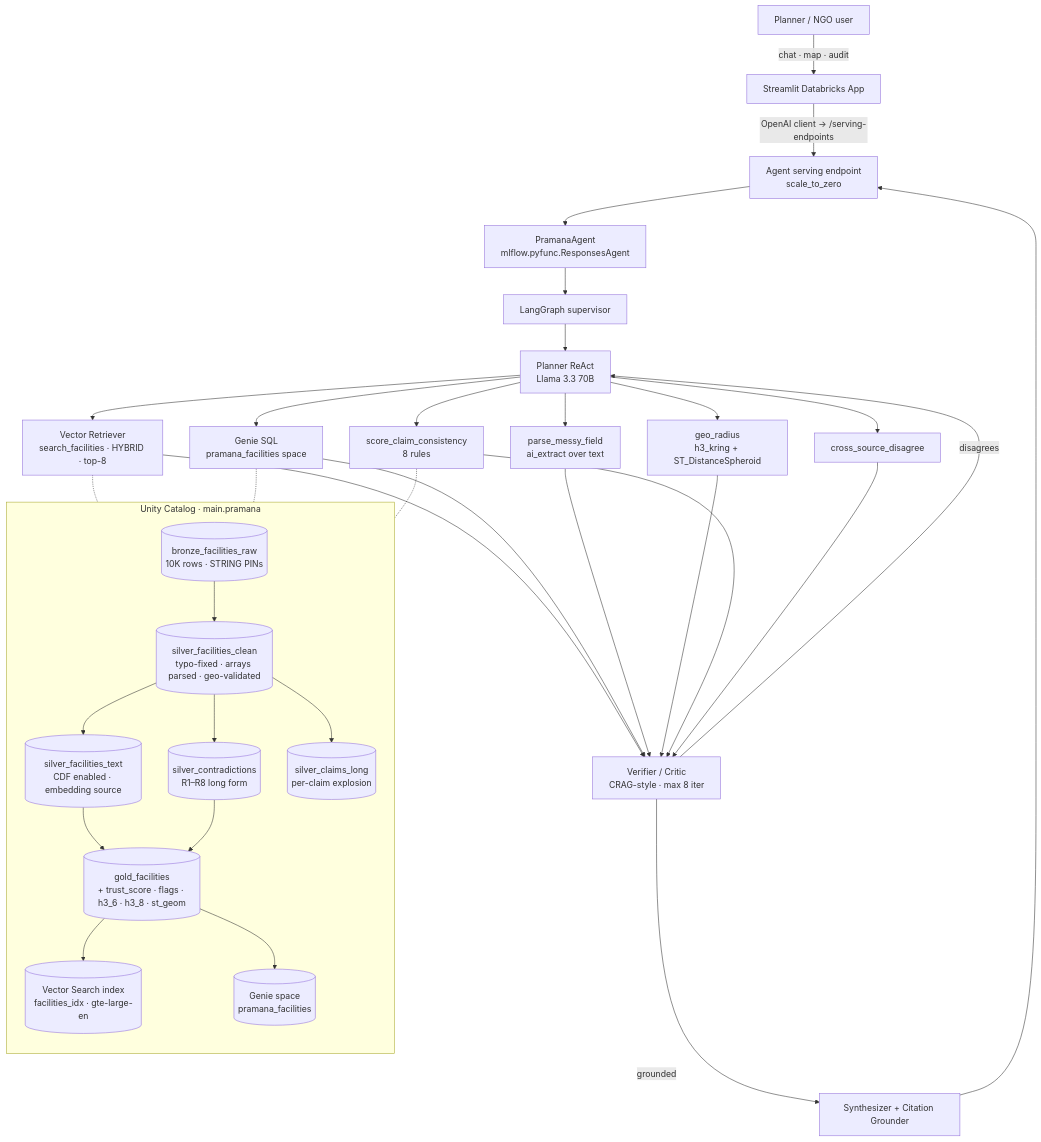
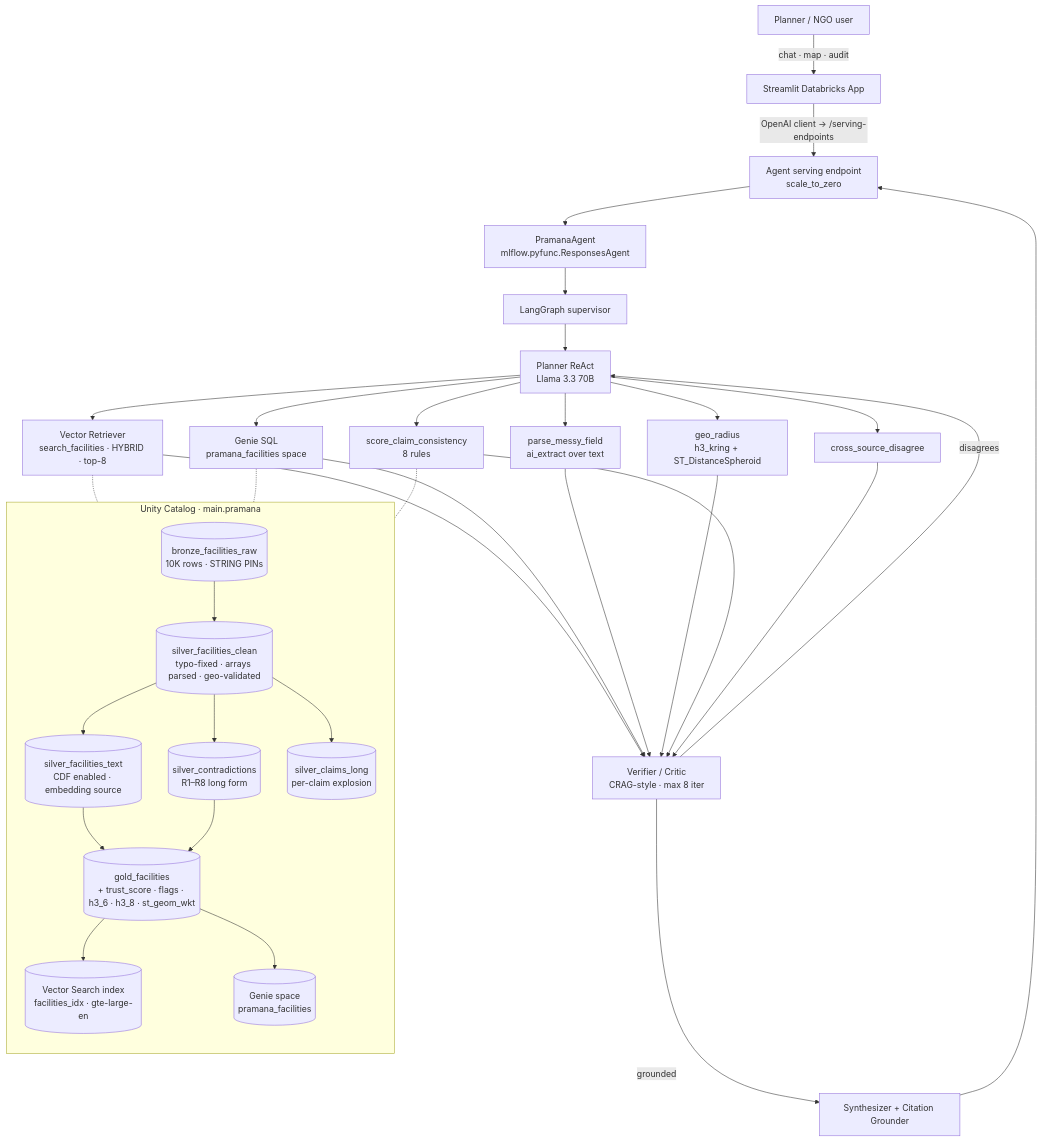
The diagram in README.md (amaan784/pramana-care-ai), drawn with Mermaid before and after one commit. The commit also changed other lines of this file and 1 other file, not shown here.

Commit message:
updated gold layer code with renaming

````diff
--- a/README.md
+++ b/README.md
@@ -56,35 +56,35 @@
 ```mermaid
 flowchart TD
   U[Planner / NGO user] -->|chat · map · audit| APP[Streamlit Databricks App]
   APP -->|OpenAI client → /serving-endpoints| EP[Agent serving endpoint<br/>scale_to_zero]
   EP --> AG[PramanaAgent<br/>mlflow.pyfunc.ResponsesAgent]
   AG --> G[LangGraph supervisor]
 
   G --> P[Planner ReAct<br/>Llama 3.3 70B]
   P --> R[Vector Retriever<br/>search_facilities · HYBRID · top-8]
   P --> GS[Genie SQL<br/>pramana_facilities space]
   P --> PF[parse_messy_field<br/>ai_extract over text]
   P --> GR[geo_radius<br/>h3_kring + ST_DistanceSpheroid]
   P --> CS[score_claim_consistency<br/>8 rules]
   P --> XS[cross_source_disagree]
 
   R & GS & PF & GR & CS & XS --> V[Verifier / Critic<br/>CRAG-style · max 8 iter]
   V -->|disagrees| P
   V -->|grounded| S[Synthesizer + Citation Grounder]
   S --> EP
 
   subgraph Lakehouse[Unity Catalog · main.pramana]
     direction TB
     B[(bronze_facilities_raw<br/>10K rows · STRING PINs)] --> SC[(silver_facilities_clean<br/>typo-fixed · arrays parsed · geo-validated)]
     SC --> ST[(silver_facilities_text<br/>CDF enabled · embedding source)]
     SC --> CT[(silver_contradictions<br/>R1–R8 long form)]
     SC --> CL[(silver_claims_long<br/>per-claim explosion)]
-    ST & CT --> GD[(gold_facilities<br/>+ trust_score · flags · h3_6 · h3_8 · st_geom)]
+    ST & CT --> GD[(gold_facilities<br/>+ trust_score · flags · h3_6 · h3_8 · st_geom_wkt)]
     GD --> VS[(Vector Search index<br/>facilities_idx · gte-large-en)]
     GD --> GE[(Genie space<br/>pramana_facilities)]
   end
 
   R -.- VS
   GS -.- GE
   CS -.- CT
 ```
````
